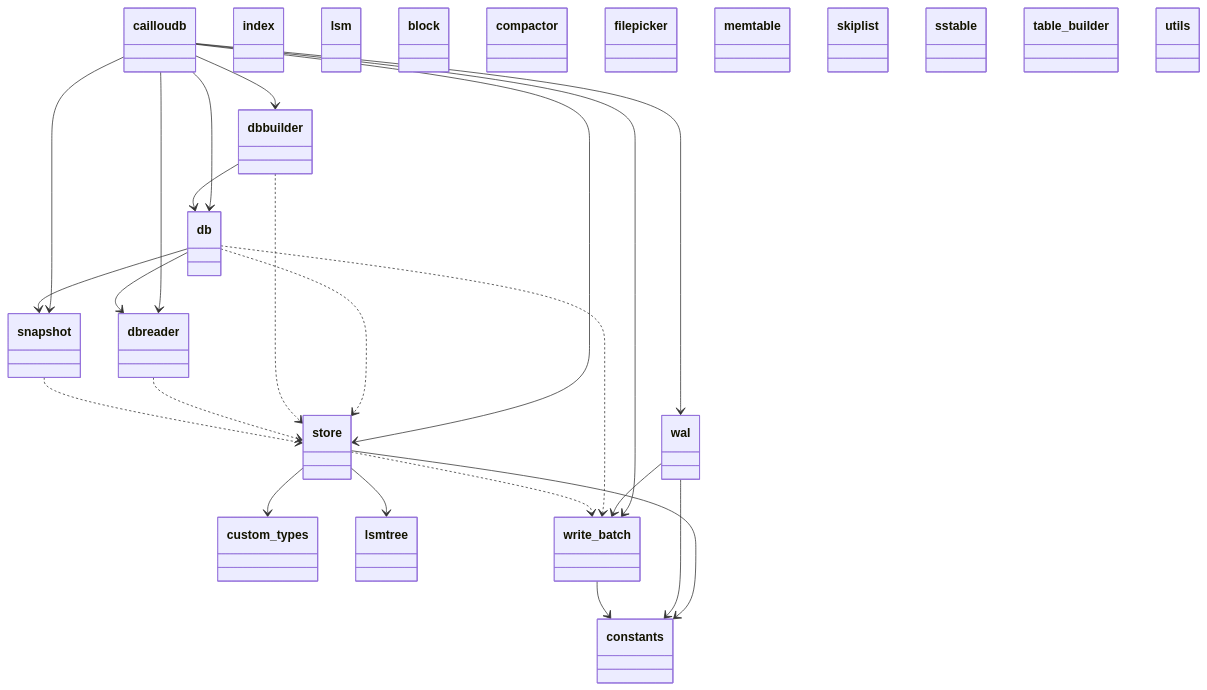
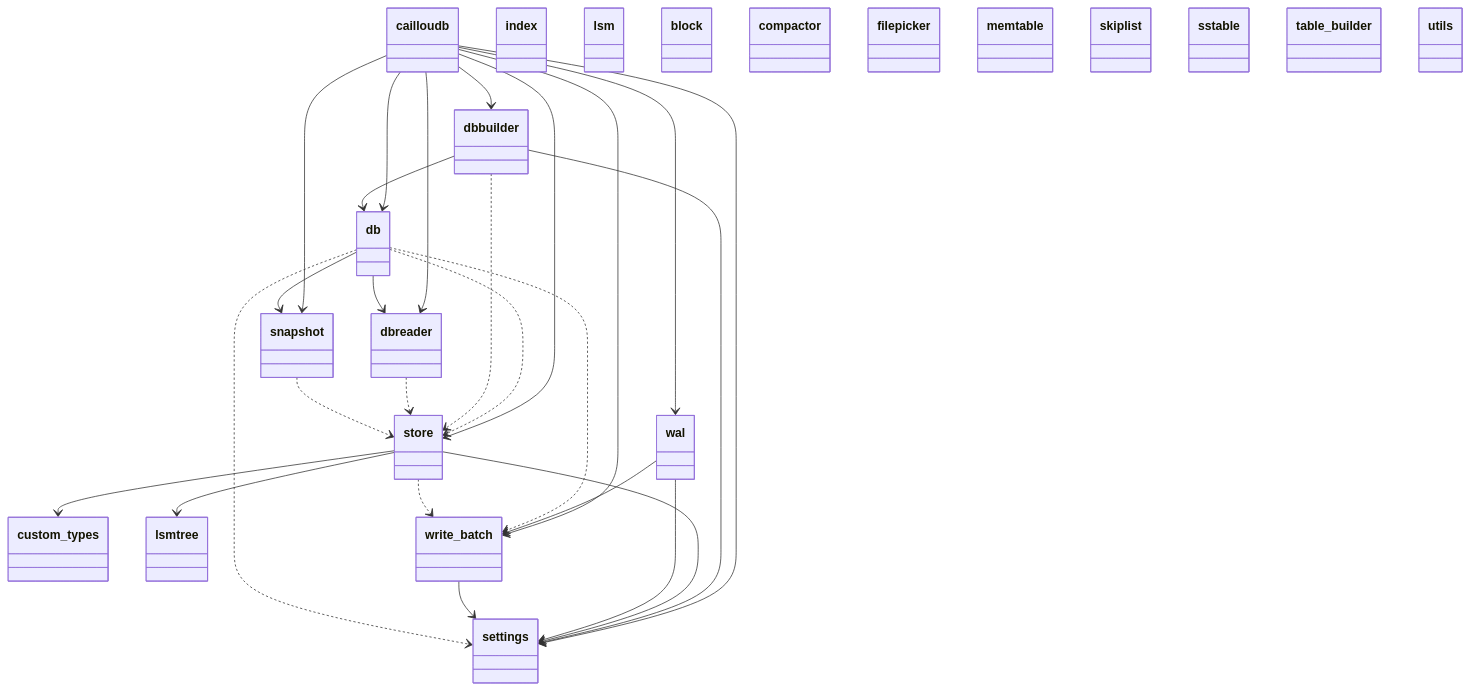
One commit to ShikoteiCoding/cailloudb changed the diagram in packages.mmd. Above: the diagram before and after it, drawn with Mermaid. The commit also changed 3 other files, not shown here.

```diff
--- a/packages.mmd
+++ b/packages.mmd
@@ -1,65 +1,68 @@
 classDiagram
   class cailloudb {
-  }
-  class constants {
   }
   class custom_types {
   }
   class db {
   }
   class dbbuilder {
   }
   class dbreader {
   }
   class index {
   }
   class lsm {
   }
   class block {
   }
   class compactor {
   }
   class filepicker {
   }
   class lsmtree {
   }
   class memtable {
   }
   class skiplist {
   }
   class sstable {
   }
   class table_builder {
   }
   class utils {
   }
+  class settings {
+  }
   class snapshot {
   }
   class store {
   }
   class wal {
   }
   class write_batch {
   }
   cailloudb --> db
   cailloudb --> dbbuilder
   cailloudb --> dbreader
+  cailloudb --> settings
   cailloudb --> snapshot
   cailloudb --> store
   cailloudb --> wal
   cailloudb --> write_batch
   db --> dbreader
   db --> snapshot
   dbbuilder --> db
-  store --> constants
+  dbbuilder --> settings
   store --> custom_types
   store --> lsmtree
-  wal --> constants
+  store --> settings
+  wal --> settings
   wal --> write_batch
-  write_batch --> constants
+  write_batch --> settings
+  db ..> settings
   db ..> store
   db ..> write_batch
   dbbuilder ..> store
   dbreader ..> store
   snapshot ..> store
   store ..> write_batch
```
